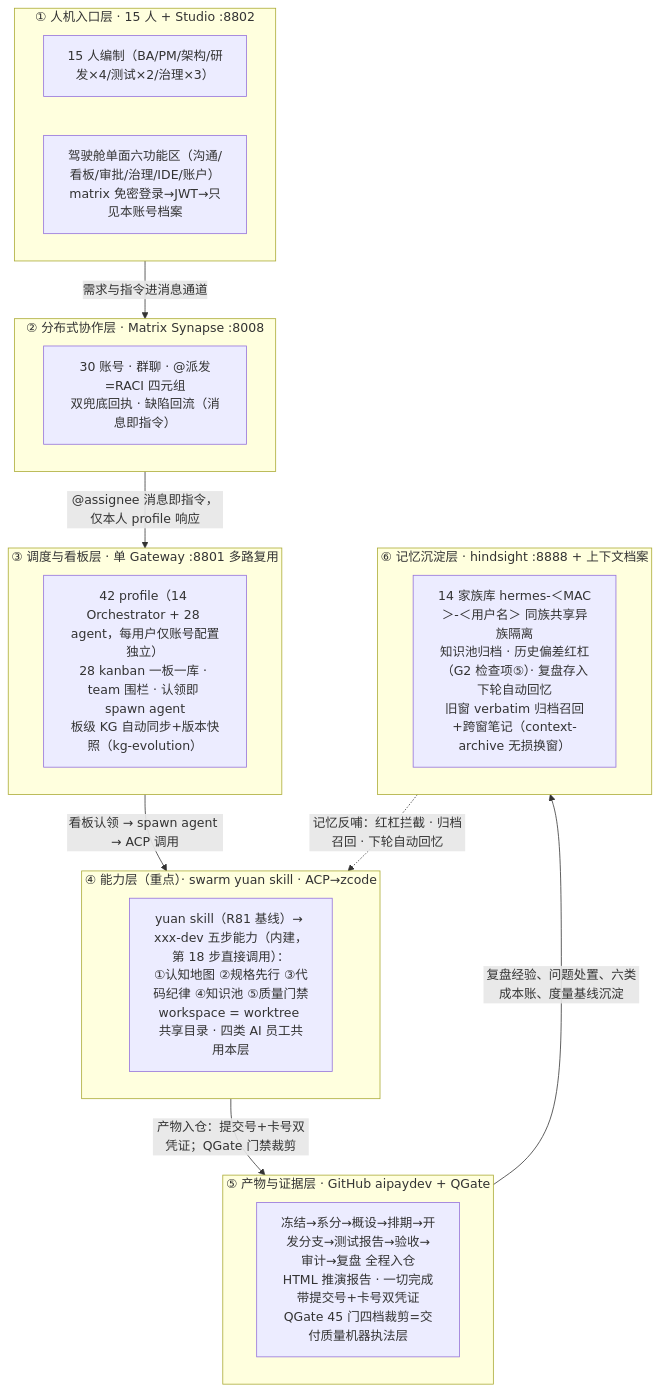
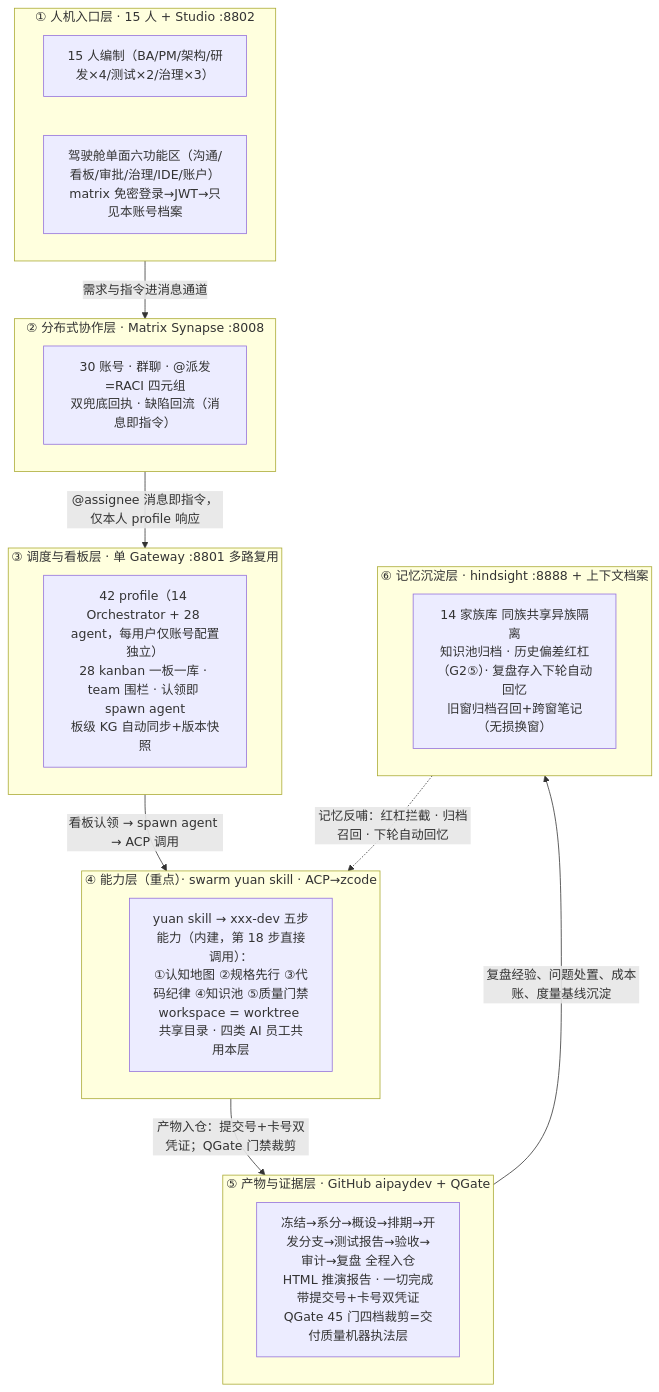
One commit to issac-new/SwarmStudio changed the diagram in docs/superpowers/specs/2026-10-05-mux-v8-fullflow-plan.md. Above: the diagram before and after it, drawn with Mermaid. The commit also changed other lines of this file and 1 other file, not shown here.

````diff
--- a/docs/superpowers/specs/2026-10-05-mux-v8-fullflow-plan.md
+++ b/docs/superpowers/specs/2026-10-05-mux-v8-fullflow-plan.md
@@ -80,28 +75,28 @@
 ```mermaid
 graph TB
     subgraph L1["① 人机入口层 · 15 人 + Studio :8802"]
         U["15 人编制（BA/PM/架构/研发×4/测试×2/治理×3）"]
         ST["驾驶舱单面六功能区（沟通/看板/审批/治理/IDE/账户）<br/>matrix 免密登录→JWT→只见本账号档案"]
     end
     subgraph L2["② 分布式协作层 · Matrix Synapse :8008"]
         MX["30 账号 · 群聊 · @派发=RACI 四元组<br/>双兜底回执 · 缺陷回流（消息即指令）"]
     end
     subgraph L3["③ 调度与看板层 · 单 Gateway :8801 多路复用"]
-        GW["42 profile（14 Orchestrator + 28 agent，每用户仅账号配置独立）<br/>28 kanban 一板一库 · team 围栏 · 认领即 spawn agent<br/>板级 KG 自动同步+版本快照（kg-evolution）"]
+        GW["42 profile（14 Orchestrator + 28 agent，每用户仅账号配置独立）<br/>28 kanban 一板一库 · team 围栏 · 认领即 spawn agent<br/>板级 KG 自动同步+版本快照"]
     end
     subgraph L4["④ 能力层（重点）· swarm yuan skill · ACP→zcode"]
-        SK["yuan skill（R81 基线）→ xxx-dev 五步能力（内建，第 18 步直接调用）：<br/>①认知地图 ②规格先行 ③代码纪律 ④知识池 ⑤质量门禁<br/>workspace = worktree 共享目录 · 四类 AI 员工共用本层"]
+        SK["yuan skill → xxx-dev 五步能力（内建，第 18 步直接调用）：<br/>①认知地图 ②规格先行 ③代码纪律 ④知识池 ⑤质量门禁<br/>workspace = worktree 共享目录 · 四类 AI 员工共用本层"]
     end
     subgraph L5["⑤ 产物与证据层 · GitHub aipaydev + QGate"]
         ART["冻结→系分→概设→排期→开发分支→测试报告→验收→审计→复盘 全程入仓<br/>HTML 推演报告 · 一切完成带提交号+卡号双凭证<br/>QGate 45 门四档裁剪=交付质量机器执法层"]
     end
     subgraph L6["⑥ 记忆沉淀层 · hindsight :8888 + 上下文档案"]
-        MEM["14 家族库 hermes-＜MAC＞-＜用户名＞ 同族共享异族隔离<br/>知识池归档 · 历史偏差红杠（G2 检查项⑤）· 复盘存入下轮自动回忆<br/>旧窗 verbatim 归档召回+跨窗笔记（context-archive 无损换窗）"]
+        MEM["14 家族库 同族共享异族隔离<br/>知识池归档 · 历史偏差红杠（G2⑤）· 复盘存入下轮自动回忆<br/>旧窗归档召回+跨窗笔记（无损换窗）"]
     end
     L1 -->|"需求与指令进消息通道"| L2
     L2 -->|"@assignee 消息即指令，仅本人 profile 响应"| L3
     L3 -->|"看板认领 → spawn agent → ACP 调用"| L4
     L4 -->|"产物入仓：提交号+卡号双凭证；QGate 门禁裁剪"| L5
-    L5 -->|"复盘经验、问题处置、六类成本账、度量基线沉淀"| L6
+    L5 -->|"复盘经验、问题处置、成本账、度量基线沉淀"| L6
     L6 -.->|"记忆反哺：红杠拦截 · 归档召回 · 下轮自动回忆"| L4
 ```
````
